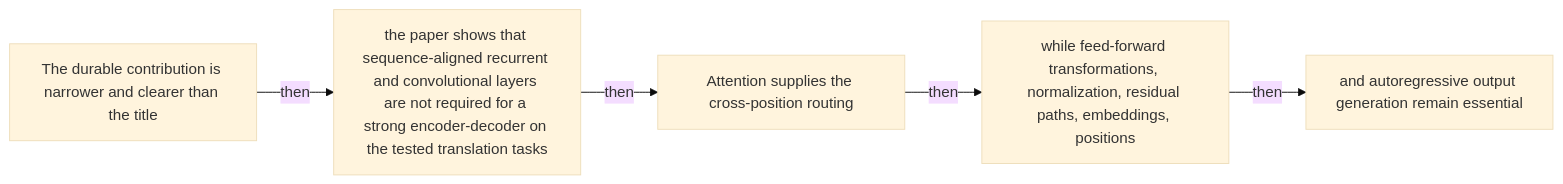
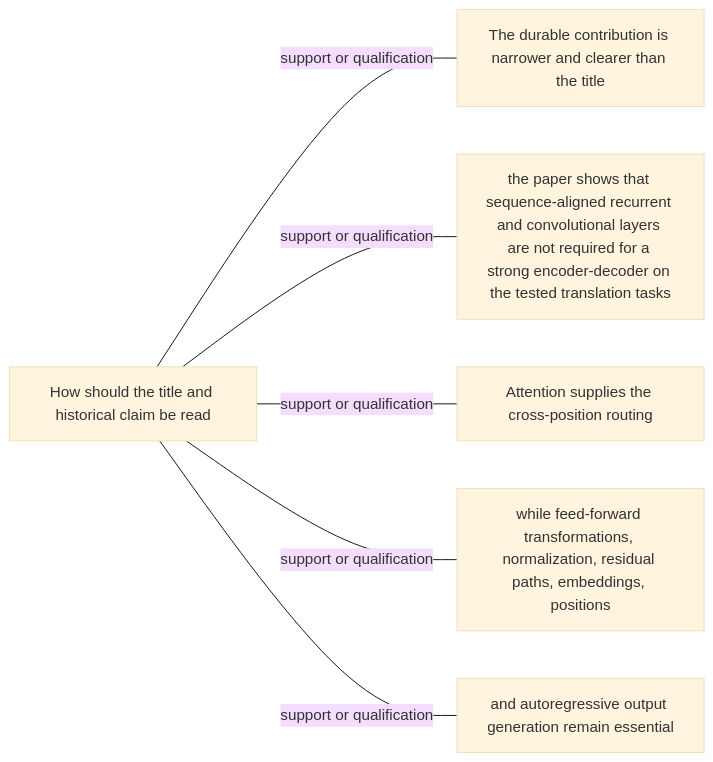
One commit to Betancourt1/paper_atlas changed diagram 48 of 54 in docs/visual-manifests/VISUAL_MANIFEST_ATTENTION_IS_ALL_YOU_NEED.md. Above: the diagram before and after it, drawn with Mermaid (base theme). The commit also changed other lines of this file and 7 other files, not shown here.

````diff
--- a/docs/visual-manifests/VISUAL_MANIFEST_ATTENTION_IS_ALL_YOU_NEED.md
+++ b/docs/visual-manifests/VISUAL_MANIFEST_ATTENTION_IS_ALL_YOU_NEED.md
@@ -3854,12 +3891,14 @@
 ```mermaid
 flowchart LR
-  n1["The durable contribution is narrower and clearer than the title"]
-  n2["the paper shows that sequence-aligned recurrent and convolutional layers are not required for a strong encoder-decoder on the tested translation tasks"]
-  n3["Attention supplies the cross-position routing"]
-  n4["while feed-forward transformations, normalization, residual paths, embeddings, positions"]
-  n5["and autoregressive output generation remain essential"]
-  n1 -->|"then"| n2
-  n2 -->|"then"| n3
-  n3 -->|"then"| n4
-  n4 -->|"then"| n5
+  center["How should the title and historical claim be read"]
+  f1["The durable contribution is narrower and clearer than the title"]
+  f2["the paper shows that sequence-aligned recurrent and convolutional layers are not required for a strong encoder-decoder on the tested translation tasks"]
+  f3["Attention supplies the cross-position routing"]
+  f4["while feed-forward transformations, normalization, residual paths, embeddings, positions"]
+  f5["and autoregressive output generation remain essential"]
+  center ---|"support or qualification"| f1
+  center ---|"support or qualification"| f2
+  center ---|"support or qualification"| f3
+  center ---|"support or qualification"| f4
+  center ---|"support or qualification"| f5
 ```
````
